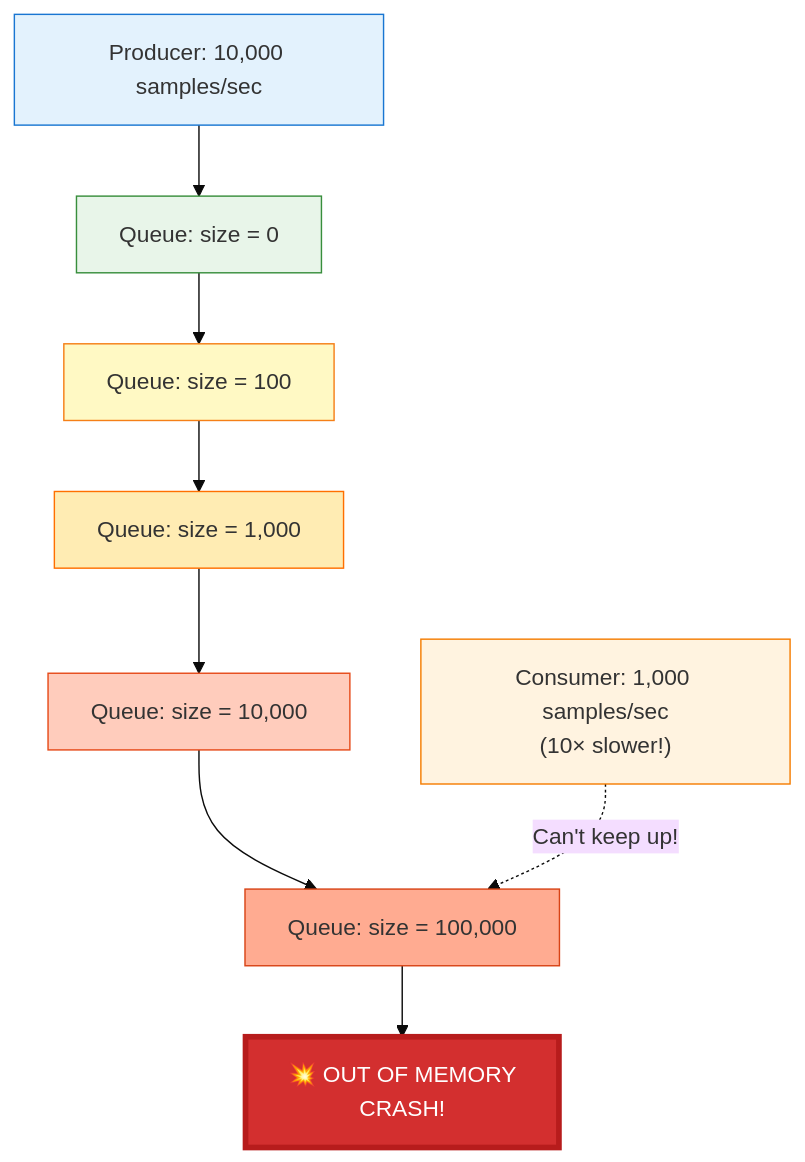
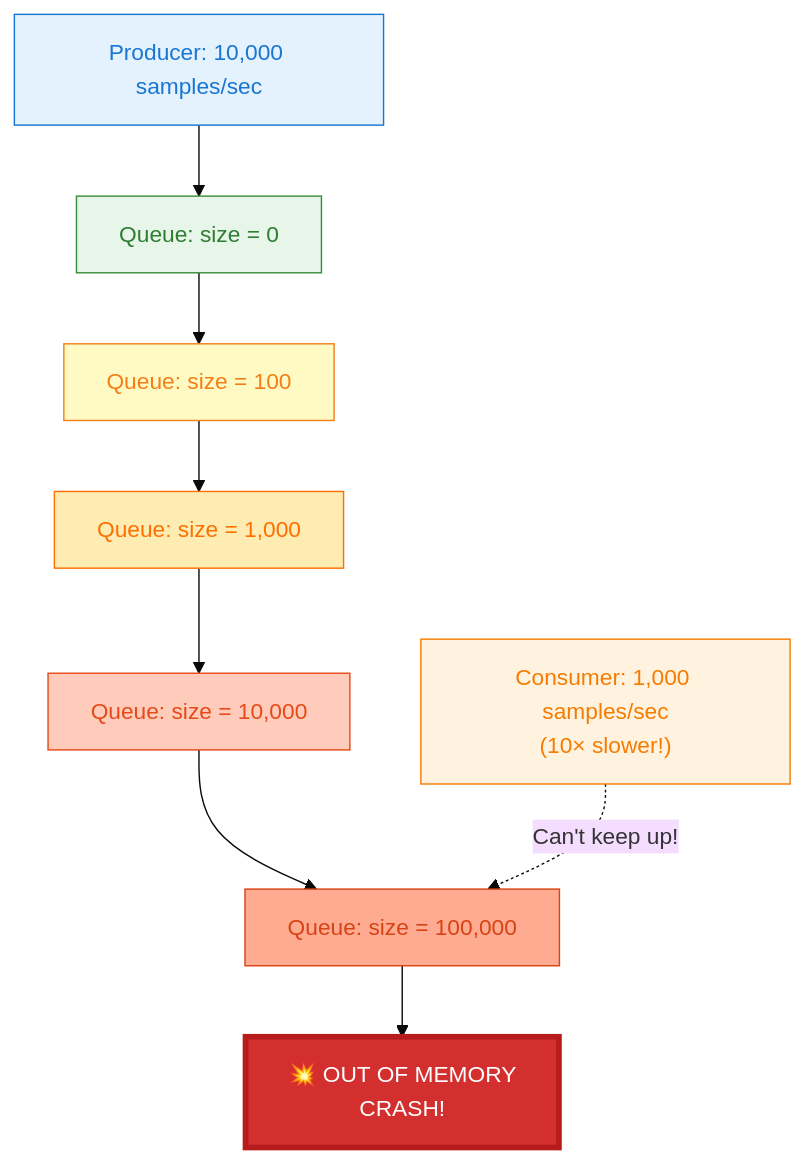
Before and after one commit to amareshkumar/telemetryhub: the eighth of 10 diagrams in docs/MULTITHREADING_ARCHITECTURE_DIAGRAM.md, drawn with Mermaid (base theme). The commit also changed other lines of this file and 7 other files, not shown here.

````diff
--- a/docs/MULTITHREADING_ARCHITECTURE_DIAGRAM.md
+++ b/docs/MULTITHREADING_ARCHITECTURE_DIAGRAM.md
@@ -442,28 +442,28 @@
 ```mermaid
 flowchart TB
     P["Producer: 10,000 samples/sec"]
     C["Consumer: 1,000 samples/sec<br/>(10× slower!)"]
     Q1["Queue: size = 0"]
     Q2["Queue: size = 100"]
     Q3["Queue: size = 1,000"]
     Q4["Queue: size = 10,000"]
     Q5["Queue: size = 100,000"]
     Q6["💥 OUT OF MEMORY<br/>CRASH!"]
     
     P --> Q1
     Q1 --> Q2
     Q2 --> Q3
     Q3 --> Q4
     Q4 --> Q5
     Q5 --> Q6
     C -.->|"Can't keep up!"| Q5
     
-    style P fill:#e3f2fd,stroke:#1976d2
-    style C fill:#fff3e0,stroke:#f57c00
-    style Q1 fill:#e8f5e9,stroke:#388e3c
-    style Q2 fill:#fff9c4,stroke:#f57f17
-    style Q3 fill:#ffecb3,stroke:#ff6f00
-    style Q4 fill:#ffccbc,stroke:#e64a19
-    style Q5 fill:#ffab91,stroke:#d84315
+    style P fill:#e3f2fd,stroke:#1976d2,color:#1976d2
+    style C fill:#fff3e0,stroke:#f57c00,color:#f57c00
+    style Q1 fill:#e8f5e9,stroke:#388e3c,color:#2e7d32
+    style Q2 fill:#fff9c4,stroke:#f57f17,color:#f57f17
+    style Q3 fill:#ffecb3,stroke:#ff6f00,color:#ff6f00
+    style Q4 fill:#ffccbc,stroke:#e64a19,color:#e64a19
+    style Q5 fill:#ffab91,stroke:#d84315,color:#d84315
     style Q6 fill:#d32f2f,stroke:#b71c1c,stroke-width:4px,color:#fff
 ```
````
